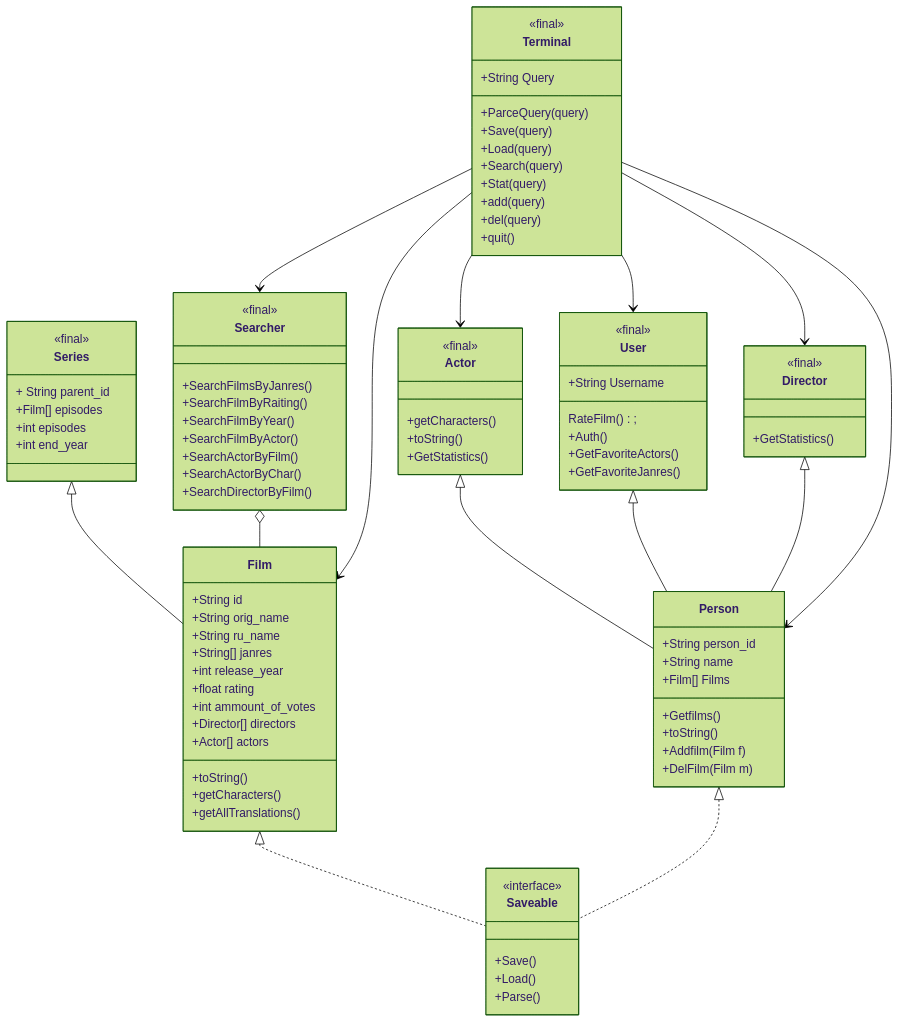
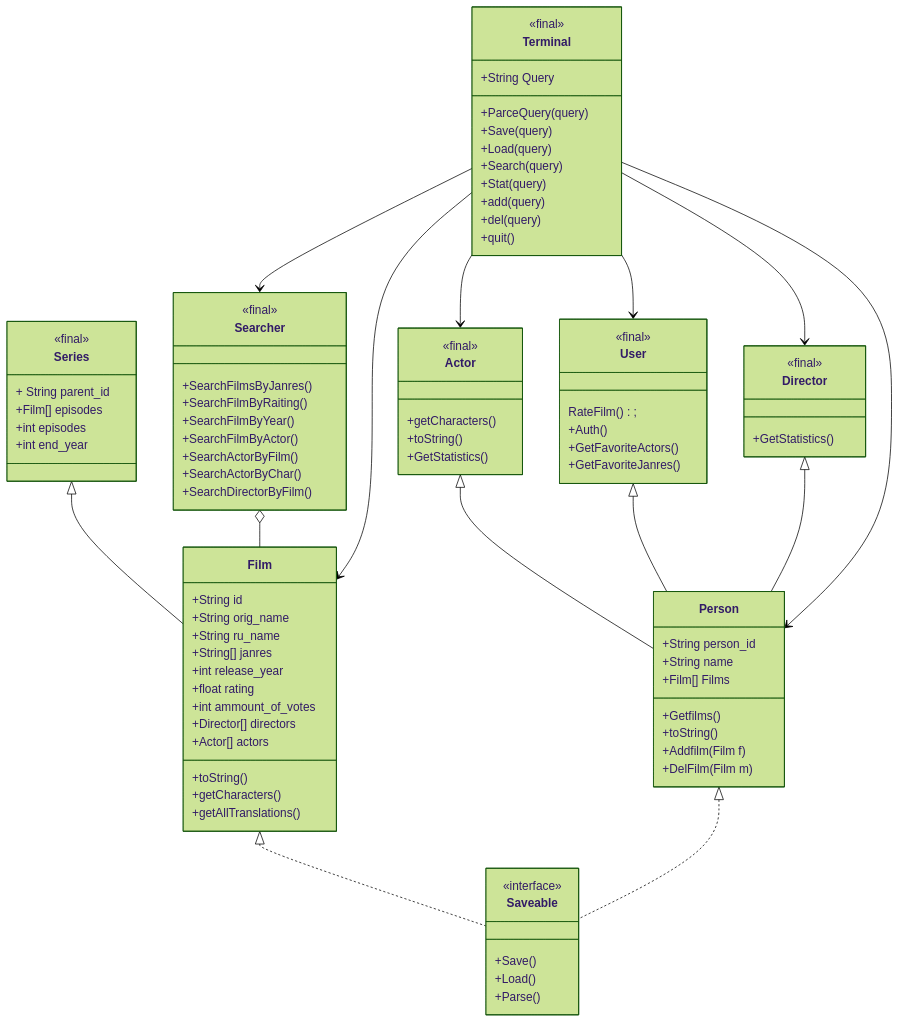
One commit to mmonastyrskiy/Programming_3_sem changed the diagram in Java_OOP/Monastyrskiy/Java_project/docs/structure.md. Above: the diagram before and after it, drawn with Mermaid (forest theme).

```diff
--- a/Java_OOP/Monastyrskiy/Java_project/docs/structure.md
+++ b/Java_OOP/Monastyrskiy/Java_project/docs/structure.md
@@ -77,7 +77,6 @@
     
     class User {
     <<final>>
-    +String Username
     RateFilm();
     +Auth()
     +GetFavoriteActors()
```
